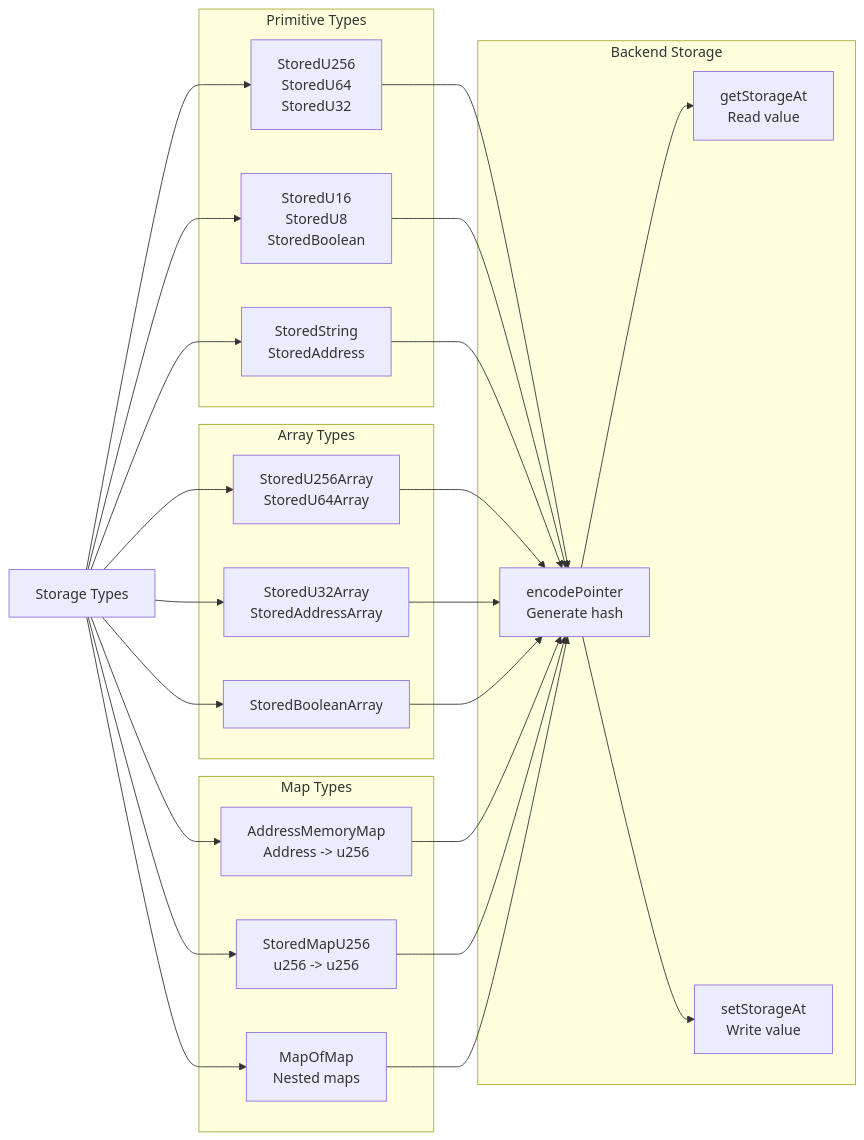
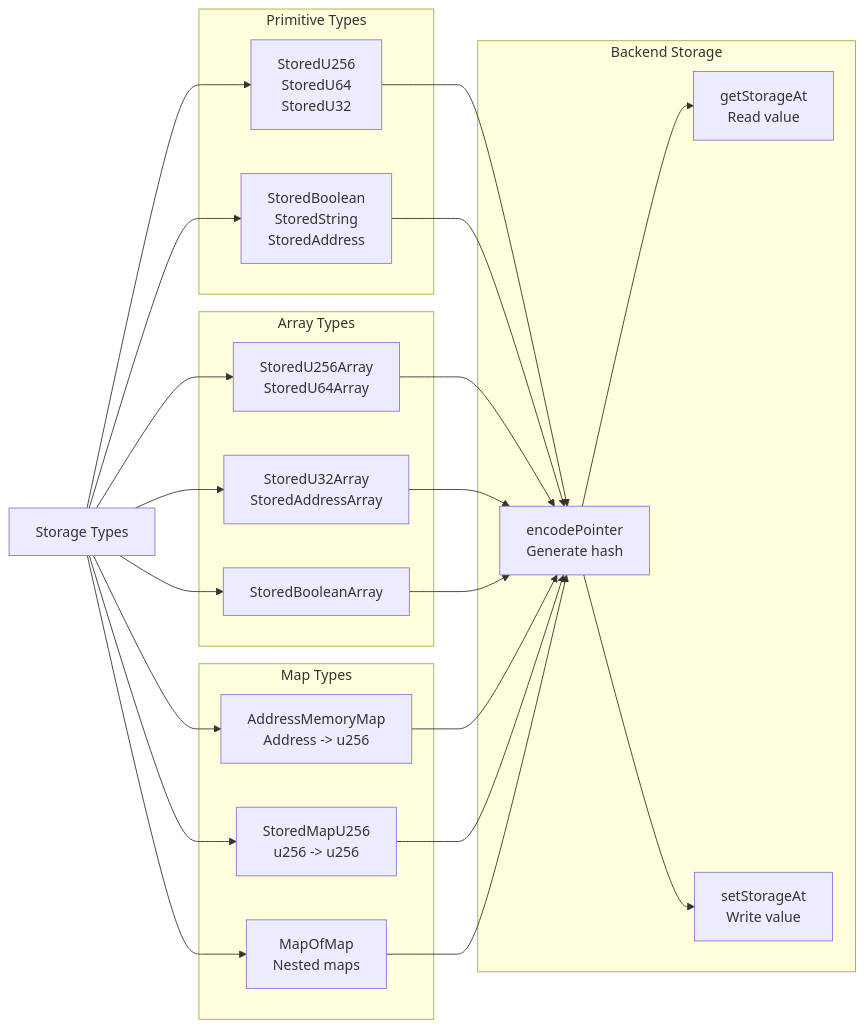
One commit to btc-vision/btc-runtime changed the first of 8 diagrams in docs/api-reference/storage.md. Above: the diagram before and after it, drawn with Mermaid. The commit also changed other lines of this file and 30 other files, not shown here.

````diff
--- a/docs/api-reference/storage.md
+++ b/docs/api-reference/storage.md
@@ -63,38 +61,37 @@
 ```mermaid
 graph LR
     A[Storage Types]
 
     subgraph "Primitive Types"
         B1[StoredU256<br/>StoredU64<br/>StoredU32]
-        B2[StoredU16<br/>StoredU8<br/>StoredBoolean]
-        B3[StoredString<br/>StoredAddress]
+        B2[StoredBoolean<br/>StoredString<br/>StoredAddress]
     end
 
     subgraph "Array Types"
         C1[StoredU256Array<br/>StoredU64Array]
         C2[StoredU32Array<br/>StoredAddressArray]
         C3[StoredBooleanArray]
     end
 
     subgraph "Map Types"
         D1[AddressMemoryMap<br/>Address -> u256]
         D2[StoredMapU256<br/>u256 -> u256]
         D3[MapOfMap<br/>Nested maps]
     end
 
     subgraph "Backend Storage"
         E1[encodePointer<br/>Generate hash]
         E2[getStorageAt<br/>Read value]
         E3[setStorageAt<br/>Write value]
     end
 
-    A --> B1 & B2 & B3
+    A --> B1 & B2
     A --> C1 & C2 & C3
     A --> D1 & D2 & D3
 
-    B1 & B2 & B3 --> E1
+    B1 & B2 --> E1
     C1 & C2 & C3 --> E1
     D1 & D2 & D3 --> E1
 
     E1 --> E2 & E3
 ```
````
